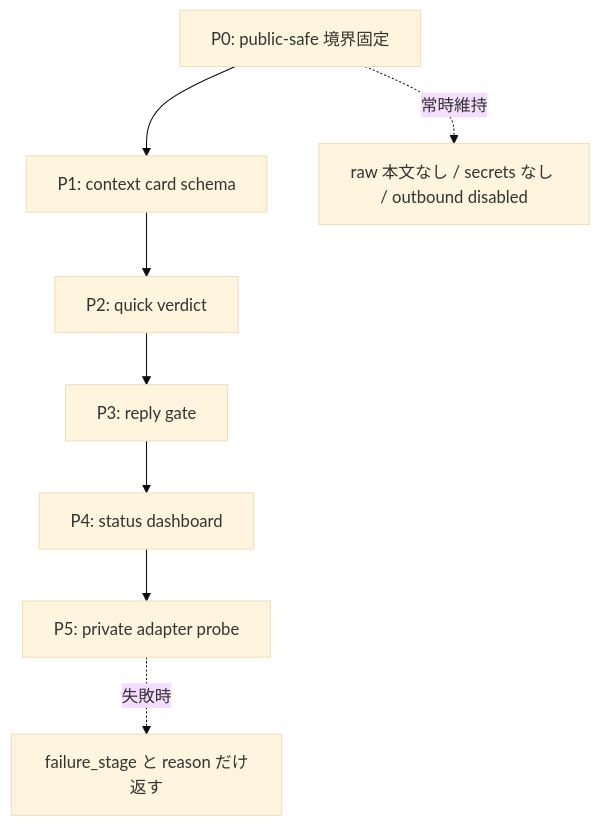
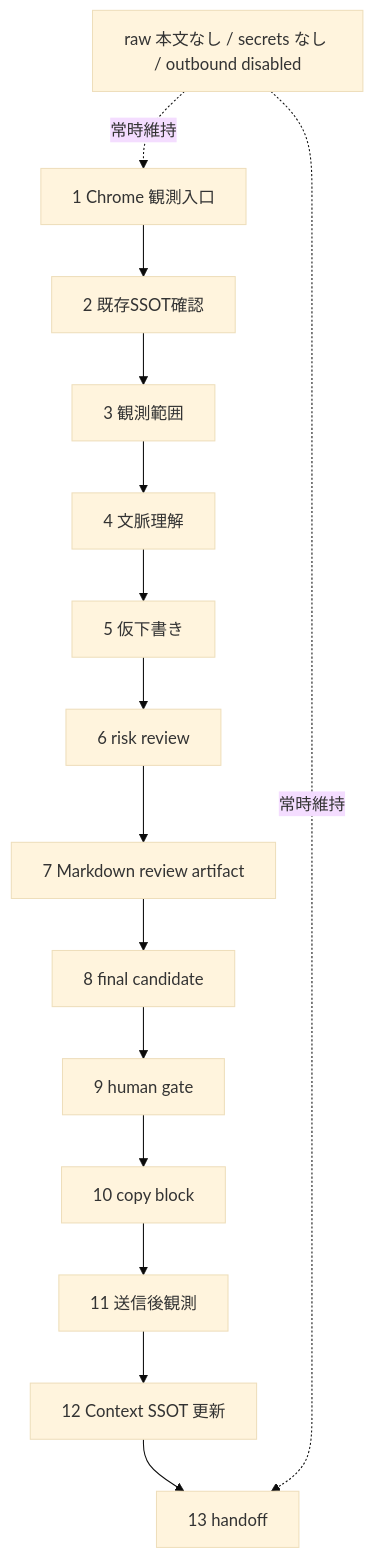
The diagram in ROADMAP.md (nexus-ai-2045/discord-context-bridge), drawn with Mermaid (base theme) before and after one commit. The commit also changed other lines of this file and 2 other files, not shown here.

Commit message:
Align roadmap with 13-step MVP

````diff
--- a/ROADMAP.md
+++ b/ROADMAP.md
@@ -13,11 +13,18 @@
 ```mermaid
 flowchart TD
-  p0["P0: public-safe 境界固定"] --> p1["P1: context card schema"]
-  p1 --> p2["P2: quick verdict"]
-  p2 --> p3["P3: reply gate"]
-  p3 --> p4["P4: status dashboard"]
-  p4 --> p5["P5: private adapter probe"]
+  s1["1 Chrome 観測入口"] --> s2["2 既存SSOT確認"]
+  s2 --> s3["3 観測範囲"]
+  s3 --> s4["4 文脈理解"]
+  s4 --> s5["5 仮下書き"]
+  s5 --> s6["6 risk review"]
+  s6 --> s7["7 Markdown review artifact"]
+  s7 --> s8["8 final candidate"]
+  s8 --> s9["9 human gate"]
+  s9 --> s10["10 copy block"]
+  s10 --> s11["11 送信後観測"]
+  s11 --> s12["12 Context SSOT 更新"]
+  s12 --> s13["13 handoff"]
 
-  p0 -. "常時維持" .-> guard["raw 本文なし / secrets なし / outbound disabled"]
-  p5 -. "失敗時" .-> failure["failure_stage と reason だけ返す"]
+  guard["raw 本文なし / secrets なし / outbound disabled"] -. "常時維持" .-> s1
+  guard -. "常時維持" .-> s13
 ```
````
